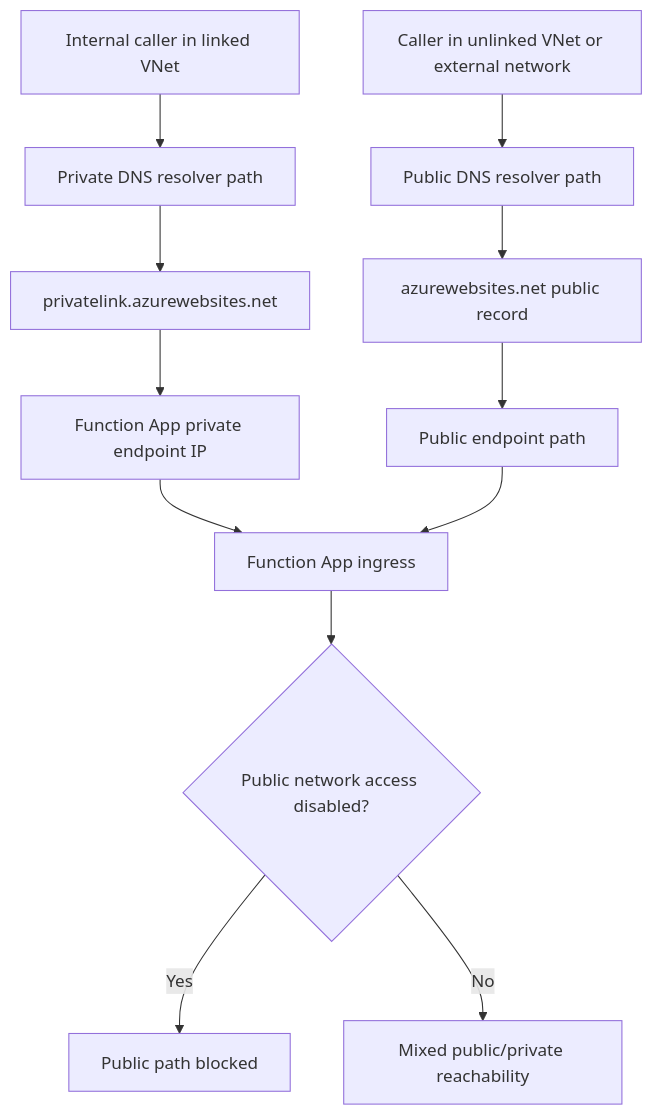
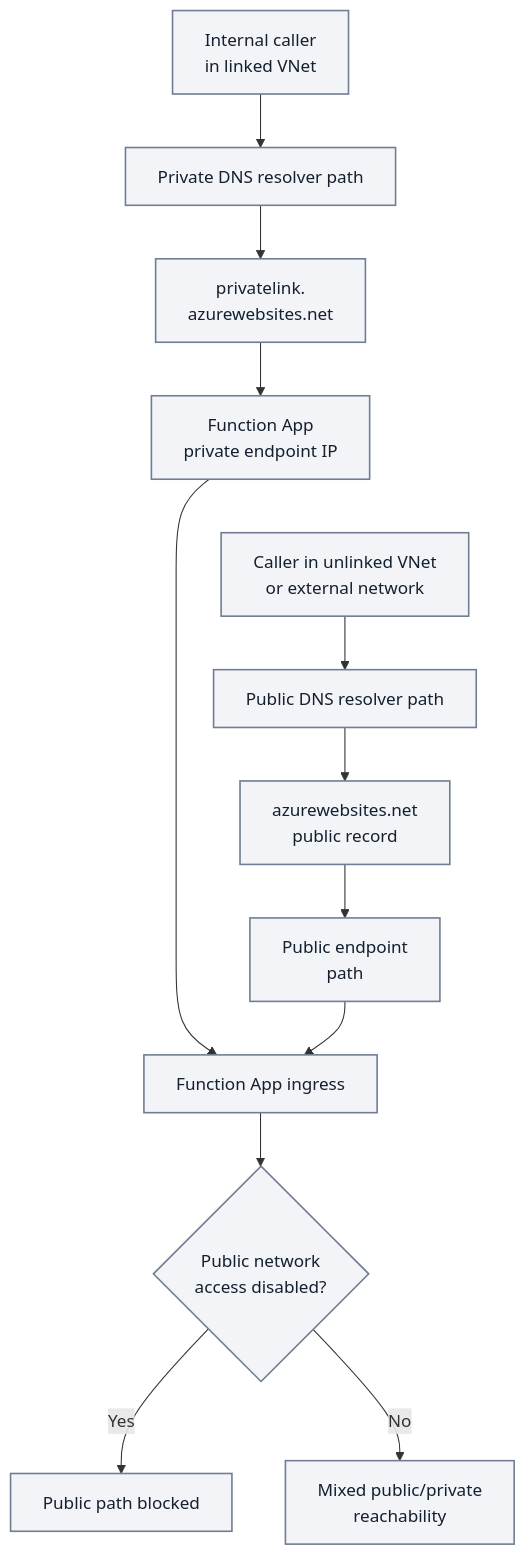
Before and after one commit to yeongseon/azure-functions-practical-guide: the first of 3 diagrams in docs/best-practices/networking.md, drawn with Mermaid. The commit also changed other lines of this file and 2 other files, not shown here.

First line of the commit message:
docs(diagrams): migrate Functions ingress, egress and private DNS decision flows (#417)

````diff
--- a/docs/best-practices/networking.md
+++ b/docs/best-practices/networking.md
@@ -170,14 +171,20 @@
 ```mermaid
 flowchart TD
-    C1[Internal caller in linked VNet] --> R1[Private DNS resolver path]
-    R1 --> PZ[privatelink.azurewebsites.net]
-    PZ --> PE[Function App private endpoint IP]
+    accTitle: Private and public DNS path comparison
+    accDescr: Logical resolver paths converge on Function App ingress. The final Yes or No decision concerns public-path policy, not whether private endpoint traffic is blocked; DNS nodes are lookup steps, not HTTPS transit hops.
+    C1["Internal caller<br/>in linked VNet"] --> R1[Private DNS resolver path]
+    R1 --> PZ["privatelink.<br/>azurewebsites.net"]
+    PZ --> PE["Function App<br/>private endpoint IP"]
     PE --> APP[Function App ingress]
-    C2[Caller in unlinked VNet or external network] --> R2[Public DNS resolver path]
-    R2 --> PUB[azurewebsites.net public record]
-    PUB --> PEP[Public endpoint path]
+    C2["Caller in unlinked VNet<br/>or external network"] --> R2[Public DNS resolver path]
+    R2 --> PUB["azurewebsites.net<br/>public record"]
+    PUB --> PEP["Public endpoint<br/>path"]
     PEP --> APP
-    APP --> S{Public network access disabled?}
+    APP --> S{"Public network<br/>access disabled?"}
     S -->|Yes| B1[Public path blocked]
-    S -->|No| B2["Mixed public/private reachability"]
+    S -->|No| B2["Mixed public/private<br/>reachability"]
+    %% Layout-only link serializes resolver paths; adds no lookup steps or arrows.
+    PE ~~~ C2
+    classDef neutral fill:#f2f4f8,stroke:#707e93,stroke-width:1.5px,color:#14202e;
+    class C1,R1,PZ,PE,APP,C2,R2,PUB,PEP,S,B1,B2 neutral;
 ```
````
